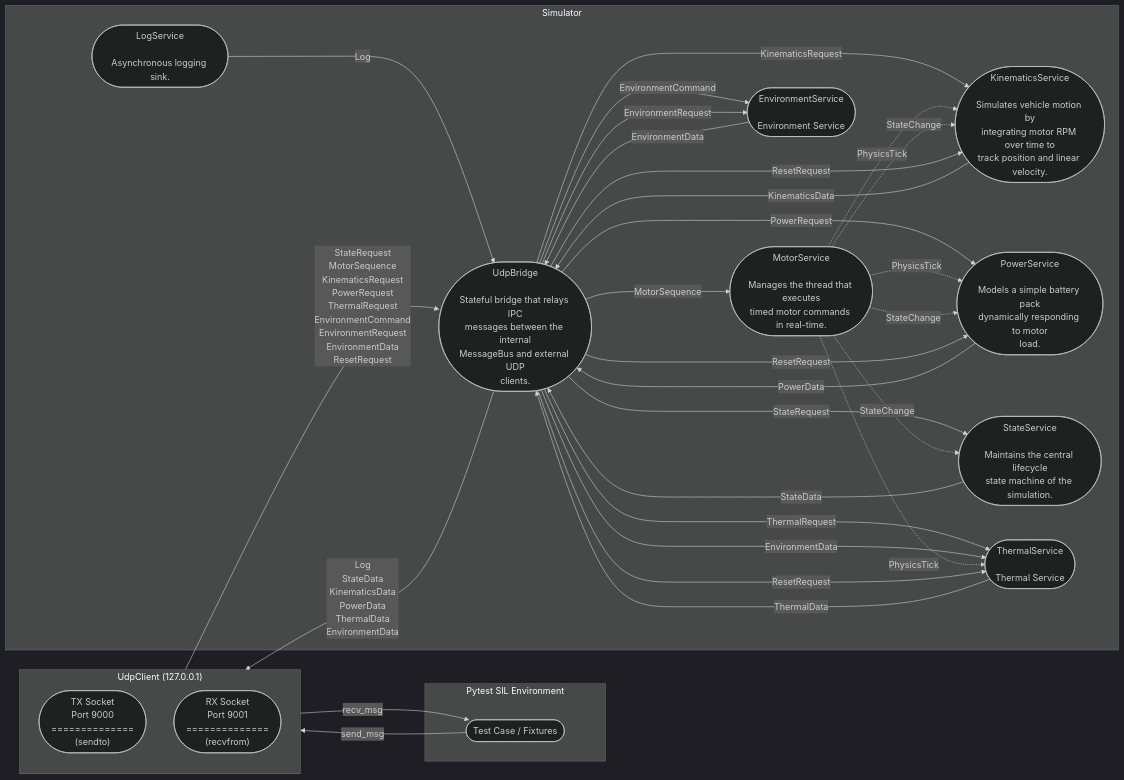
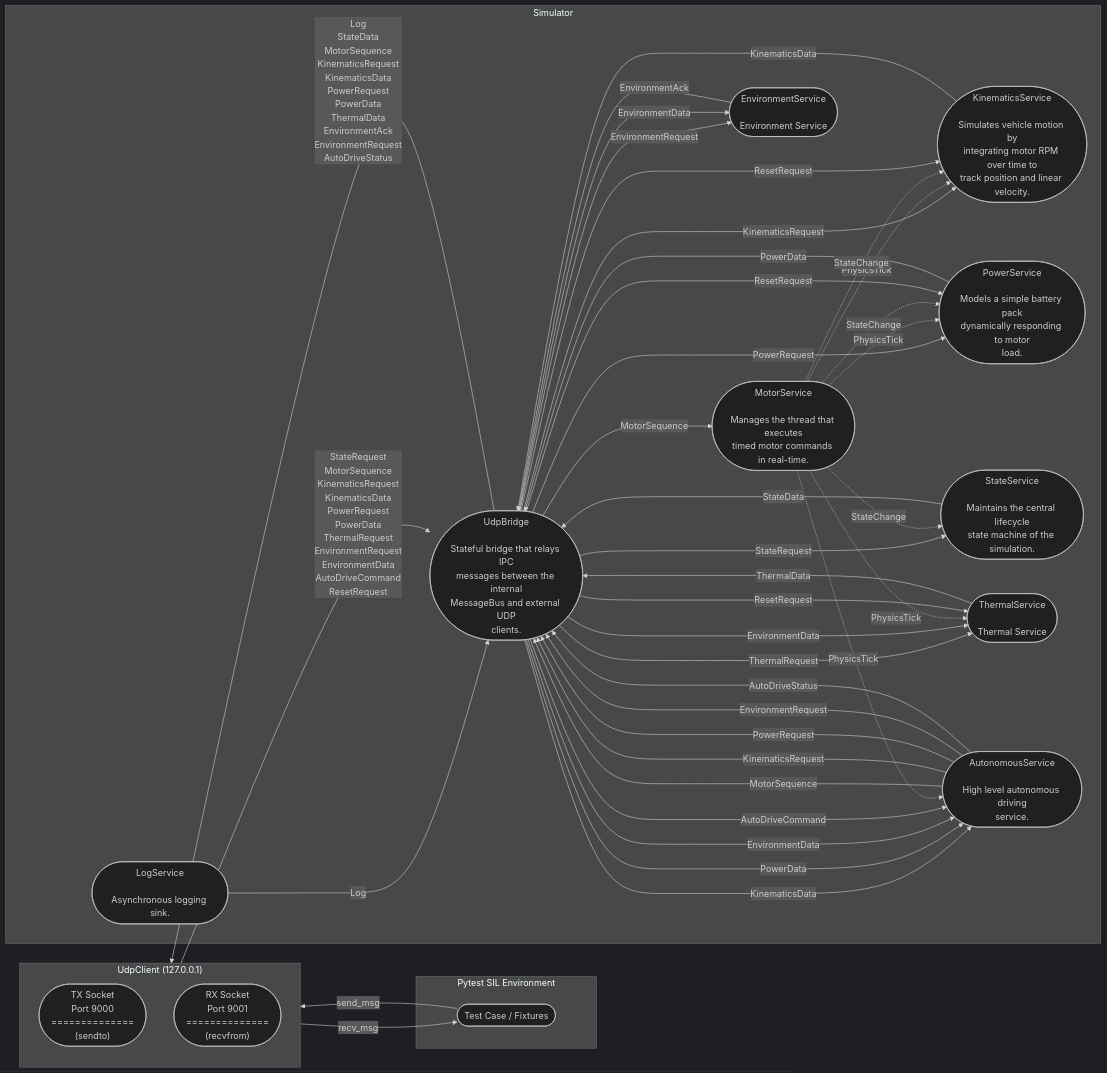
Before and after one commit to AxelBjork/reflect_pytest: the diagram in doc/README.md, drawn with Mermaid (dark theme). The commit also changed other lines of this file and 14 other files, not shown here.

Commit message:
Add AutoDriveCommandPayload

````diff
--- a/doc/README.md
+++ b/doc/README.md
@@ -43,60 +43,73 @@
 ```mermaid
 flowchart LR
     %% ─── COLUMN 1: Pytest Test Harness ───
     subgraph py["Pytest SIL Environment"]
         TestCase(["Test Case / Fixtures"])
     end
 
     %% ─── COLUMN 2: Python UDP Client & Kernel Routing ───
     subgraph net["UdpClient (127.0.0.1)"]
         direction TB
         TX(["TX Socket<br/>Port 9000<br/>==============<br/>(sendto)"])
         RX(["RX Socket<br/>Port 9001<br/>==============<br/>(recvfrom)"])
     end
 
     %% ─── COLUMN 3: C++ SUT ───
     subgraph sim["Simulator"]
         MotorService(["MotorService<br/><br/>Manages the thread that executes<br/>timed motor commands in real-time."])
         KinematicsService(["KinematicsService<br/><br/>Simulates vehicle motion by<br/>integrating motor RPM over time to<br/>track position and linear velocity."])
         PowerService(["PowerService<br/><br/>Models a simple battery pack<br/>dynamically responding to motor<br/>load."])
         StateService(["StateService<br/><br/>Maintains the central lifecycle<br/>state machine of the simulation."])
         ThermalService(["ThermalService<br/><br/>Thermal Service"])
         EnvironmentService(["EnvironmentService<br/><br/>Environment Service"])
+        AutonomousService(["AutonomousService<br/><br/>High level autonomous driving<br/>service."])
         LogService(["LogService<br/><br/>Asynchronous logging sink."])
         UdpBridge(["UdpBridge<br/><br/>Stateful bridge that relays IPC<br/>messages between the internal<br/>MessageBus and external UDP<br/>clients."])
         %% Bridge Distribution
         LogService -->|Log| UdpBridge
         UdpBridge -->|StateRequest| StateService
         StateService -->|StateData| UdpBridge
         UdpBridge -->|MotorSequence| MotorService
+        AutonomousService -->|MotorSequence| UdpBridge
         UdpBridge -->|KinematicsRequest| KinematicsService
+        AutonomousService -->|KinematicsRequest| UdpBridge
+        UdpBridge -->|KinematicsData| AutonomousService
         KinematicsService -->|KinematicsData| UdpBridge
         UdpBridge -->|PowerRequest| PowerService
+        AutonomousService -->|PowerRequest| UdpBridge
+        UdpBridge -->|PowerData| AutonomousService
         PowerService -->|PowerData| UdpBridge
         UdpBridge -->|ThermalRequest| ThermalService
         ThermalService -->|ThermalData| UdpBridge
-        UdpBridge -->|EnvironmentCommand| EnvironmentService
+        EnvironmentService -->|EnvironmentAck| UdpBridge
         UdpBridge -->|EnvironmentRequest| EnvironmentService
+        AutonomousService -->|EnvironmentRequest| UdpBridge
         UdpBridge -->|EnvironmentData| ThermalService
-        EnvironmentService -->|EnvironmentData| UdpBridge
+
+        UdpBridge -->|EnvironmentData| EnvironmentService
+
+        UdpBridge -->|EnvironmentData| AutonomousService
+        UdpBridge -->|AutoDriveCommand| AutonomousService
+        AutonomousService -->|AutoDriveStatus| UdpBridge
         MotorService -.->|PhysicsTick| KinematicsService
         MotorService -.->|PhysicsTick| PowerService
         MotorService -.->|PhysicsTick| ThermalService
+        MotorService -.->|PhysicsTick| AutonomousService
         MotorService -.->|StateChange| KinematicsService
         MotorService -.->|StateChange| PowerService
         MotorService -.->|StateChange| StateService
         UdpBridge -->|ResetRequest| KinematicsService
 
         UdpBridge -->|ResetRequest| PowerService
 
         UdpBridge -->|ResetRequest| ThermalService
     end
 
     %% ─── INBOUND PATH ───
     TestCase -->|send_msg| TX
-    TX -->|"StateRequest<br/>MotorSequence<br/>KinematicsRequest<br/>PowerRequest<br/>ThermalRequest<br/>EnvironmentCommand<br/>EnvironmentRequest<br/>EnvironmentData<br/>ResetRequest"| UdpBridge
+    TX -->|"StateRequest<br/>MotorSequence<br/>KinematicsRequest<br/>KinematicsData<br/>PowerRequest<br/>PowerData<br/>ThermalRequest<br/>EnvironmentRequest<br/>EnvironmentData<br/>AutoDriveCommand<br/>ResetRequest"| UdpBridge
 
     %% ─── OUTBOUND PATH ───
-    UdpBridge -->|"Log<br/>StateData<br/>KinematicsData<br/>PowerData<br/>ThermalData<br/>EnvironmentData"| RX
+    UdpBridge -->|"Log<br/>StateData<br/>MotorSequence<br/>KinematicsRequest<br/>KinematicsData<br/>PowerRequest<br/>PowerData<br/>ThermalData<br/>EnvironmentAck<br/>EnvironmentRequest<br/>AutoDriveStatus"| RX
     RX -->|recv_msg| TestCase
 ```
````
